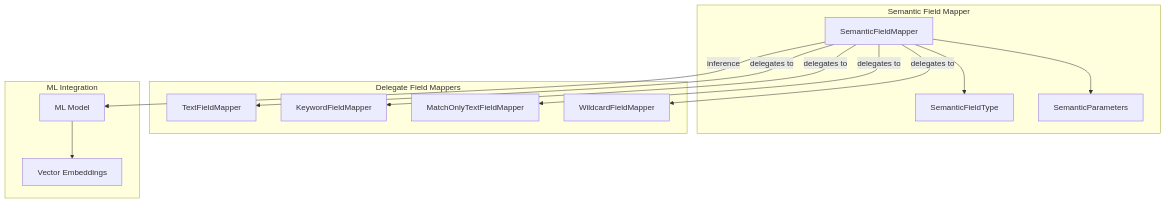
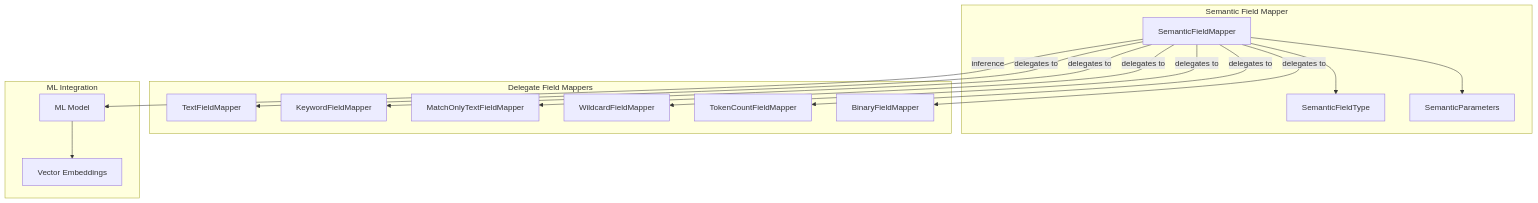
Before and after one commit to tkykenmt/opensearch-feature-explorer: the diagram in docs/features/neural-search/semantic-field.md, drawn with Mermaid. The commit also changed other lines of this file and 3 other files, not shown here.

````diff
--- a/docs/features/neural-search/semantic-field.md
+++ b/docs/features/neural-search/semantic-field.md
@@ -11,29 +11,33 @@
 ```mermaid
 graph TB
     subgraph "Semantic Field Mapper"
         SFM[SemanticFieldMapper]
         SFT[SemanticFieldType]
         SP[SemanticParameters]
     end
     
     subgraph "Delegate Field Mappers"
         TFM[TextFieldMapper]
         KFM[KeywordFieldMapper]
         MOTFM[MatchOnlyTextFieldMapper]
         WFM[WildcardFieldMapper]
+        TCM[TokenCountFieldMapper]
+        BFM[BinaryFieldMapper]
     end
     
     subgraph "ML Integration"
         Model[ML Model]
         Embeddings[Vector Embeddings]
     end
     
     SFM --> SP
     SFM --> SFT
     SFM -->|delegates to| TFM
     SFM -->|delegates to| KFM
     SFM -->|delegates to| MOTFM
     SFM -->|delegates to| WFM
+    SFM -->|delegates to| TCM
+    SFM -->|delegates to| BFM
     SFM -->|inference| Model
     Model --> Embeddings
 ```
````
